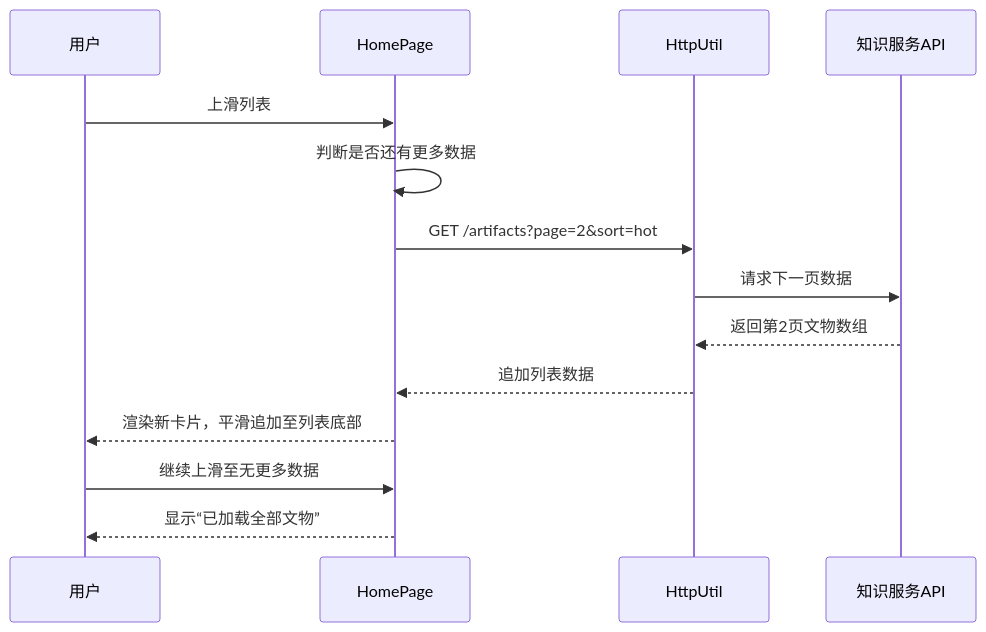
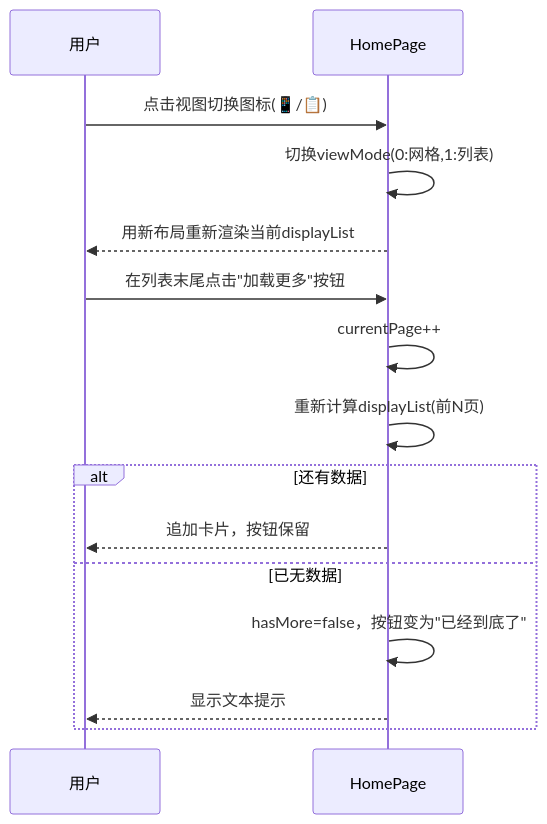
The tenth of 13 diagrams in Doc/设计文档.md (BUCT-CS2301/PalmMuseum), drawn with Mermaid before and after one commit. The commit also changed other lines of this file and 14 other files, not shown here.

````diff
--- a/Doc/设计文档.md
+++ b/Doc/设计文档.md
@@ -597,18 +646,19 @@
 ```mermaid
 sequenceDiagram
     participant User as 用户
     participant HomePage as HomePage
-    participant HttpUtil as HttpUtil
-    participant API as 知识服务API
 
-    User->>HomePage: 上滑列表
-    HomePage->>HomePage: 判断是否还有更多数据
-    HomePage->>HttpUtil: GET /artifacts?page=2&sort=hot
-    HttpUtil->>API: 请求下一页数据
-    API-->>HttpUtil: 返回第2页文物数组
-    HttpUtil-->>HomePage: 追加列表数据
-    HomePage-->>User: 渲染新卡片，平滑追加至列表底部
+    User->>HomePage: 点击视图切换图标(📱/📋)
+    HomePage->>HomePage: 切换viewMode(0:网格,1:列表)
+    HomePage-->>User: 用新布局重新渲染当前displayList
 
-    User->>HomePage: 继续上滑至无更多数据
-    HomePage-->>User: 显示“已加载全部文物”
+    User->>HomePage: 在列表末尾点击"加载更多"按钮
+    HomePage->>HomePage: currentPage++
+    HomePage->>HomePage: 重新计算displayList(前N页)
+    alt 还有数据
+        HomePage-->>User: 追加卡片，按钮保留
+    else 已无数据
+        HomePage->>HomePage: hasMore=false，按钮变为"已经到底了"
+        HomePage-->>User: 显示文本提示
+    end
 ```
````
